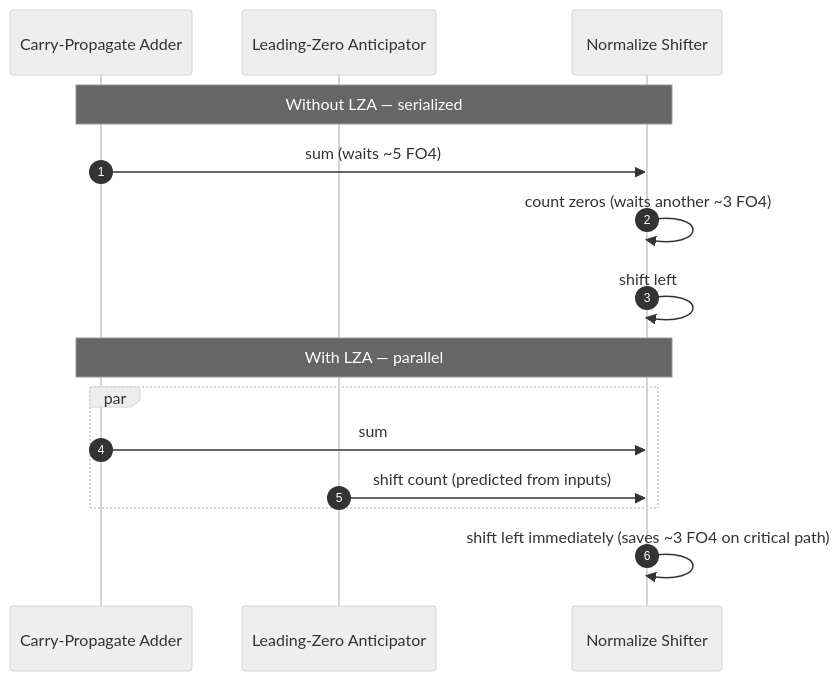
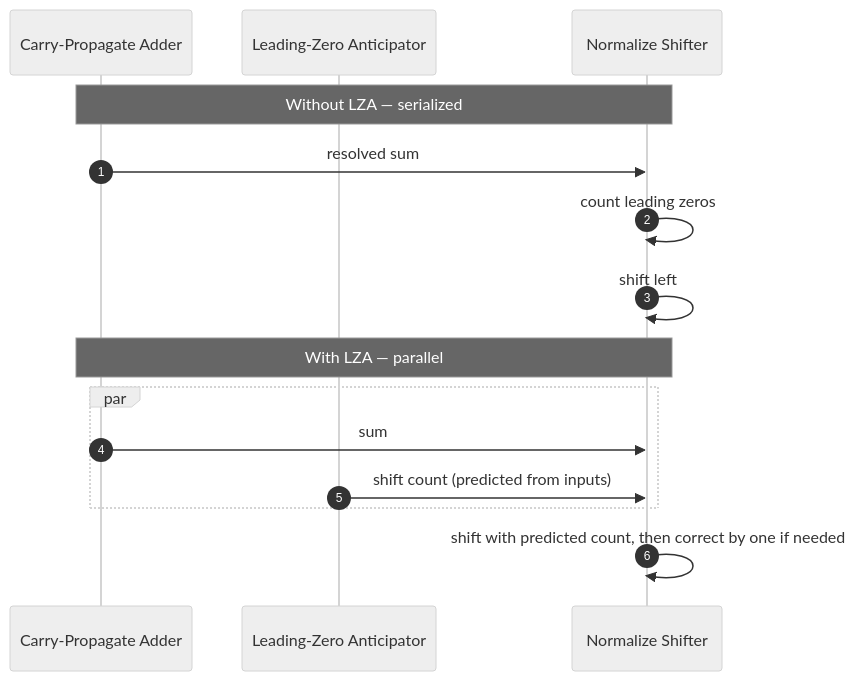
The eighth of 17 diagrams in L2_Digital_Design_for_AI/02_FP_Unit_Design.md (Wty2003328/ai_infra_intro), drawn with Mermaid (neutral theme) before and after one commit. The commit also changed other lines of this file and 3 other files, not shown here.

````diff
--- a/L2_Digital_Design_for_AI/02_FP_Unit_Design.md
+++ b/L2_Digital_Design_for_AI/02_FP_Unit_Design.md
@@ -227,18 +676,18 @@
 ```mermaid
 %%{init: {"flowchart": {"defaultRenderer": "elk", "nodeSpacing": 60, "rankSpacing": 60, "htmlLabels": false}}}%%
 sequenceDiagram
     autonumber
     participant CPA as Carry-Propagate Adder
     participant LZA as Leading-Zero Anticipator
     participant SHF as Normalize Shifter
     Note over CPA,SHF: Without LZA — serialized
-    CPA->>SHF: sum (waits ~5 FO4)
-    SHF->>SHF: count zeros (waits another ~3 FO4)
+    CPA->>SHF: resolved sum
+    SHF->>SHF: count leading zeros
     SHF->>SHF: shift left
     Note over CPA,SHF: With LZA — parallel
     par
         CPA->>SHF: sum
         LZA->>SHF: shift count (predicted from inputs)
     end
-    SHF->>SHF: shift left immediately (saves ~3 FO4 on critical path)
+    SHF->>SHF: shift with predicted count, then correct by one if needed
 ```
````
